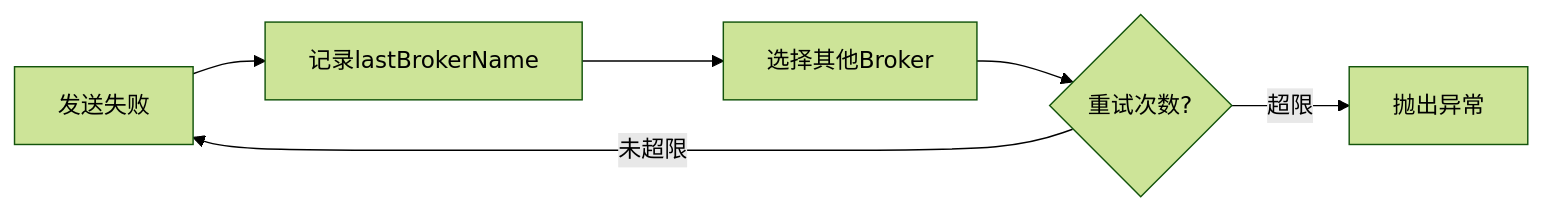
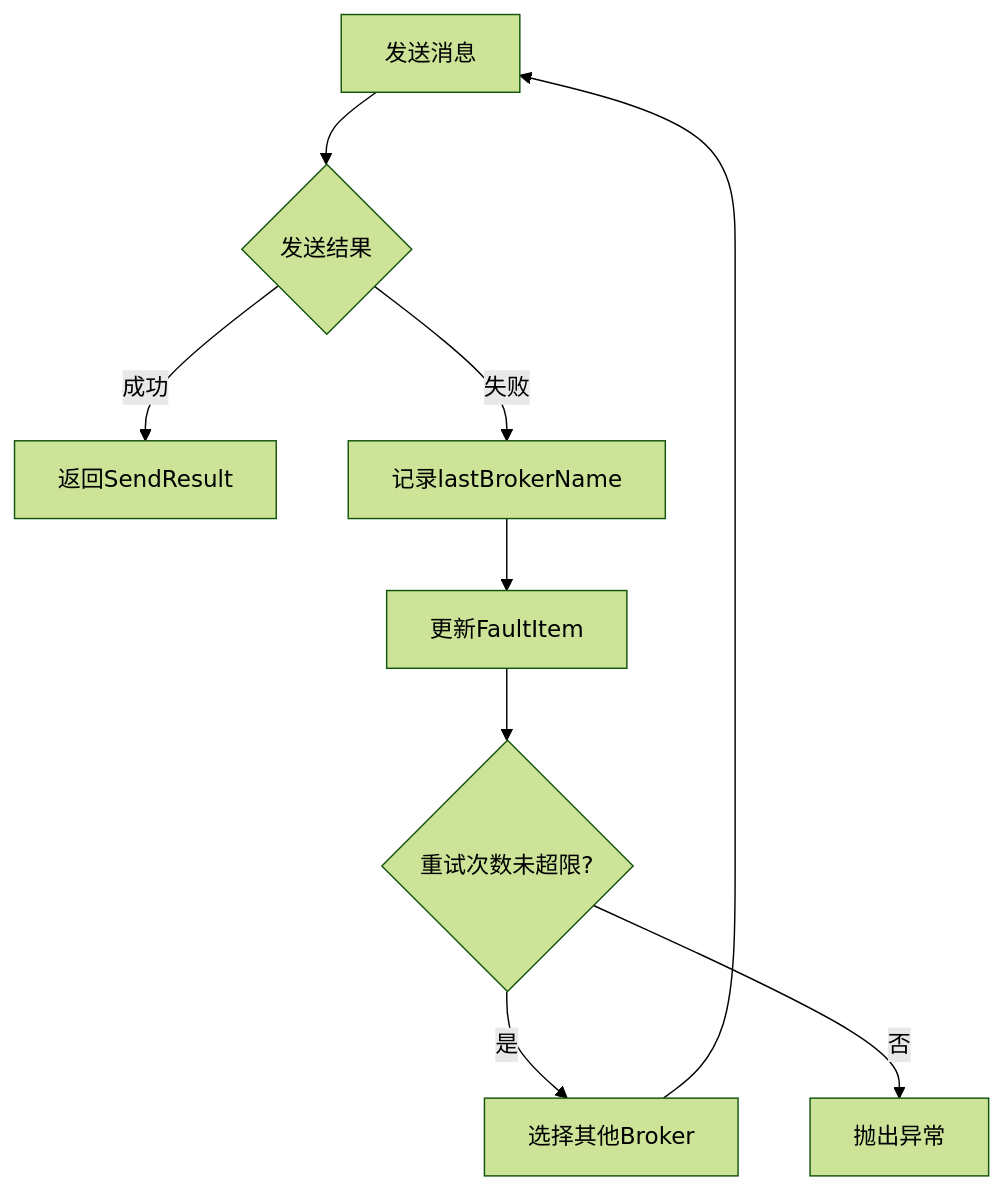
The fifth of 5 diagrams in docs/RocketMQ技术架构/08-高可用与运维篇.md (wilimm/rocketmq), drawn with Mermaid (forest theme) before and after one commit. The commit also changed other lines of this file and 13 other files, not shown here.

````diff
--- a/docs/RocketMQ技术架构/08-高可用与运维篇.md
+++ b/docs/RocketMQ技术架构/08-高可用与运维篇.md
@@ -78,8 +285,11 @@
 ```mermaid
-flowchart LR
-    A[发送失败] --> B[记录lastBrokerName]
-    B --> C[选择其他Broker]
-    C --> D{重试次数?}
-    D -->|未超限| A
-    D -->|超限| E[抛出异常]
+flowchart TD
+    A[发送消息] --> B{发送结果}
+    B -->|成功| C[返回SendResult]
+    B -->|失败| D[记录lastBrokerName]
+    D --> E[更新FaultItem]
+    E --> F{重试次数未超限?}
+    F -->|是| G[选择其他Broker]
+    G --> A
+    F -->|否| H[抛出异常]
 ```
````
